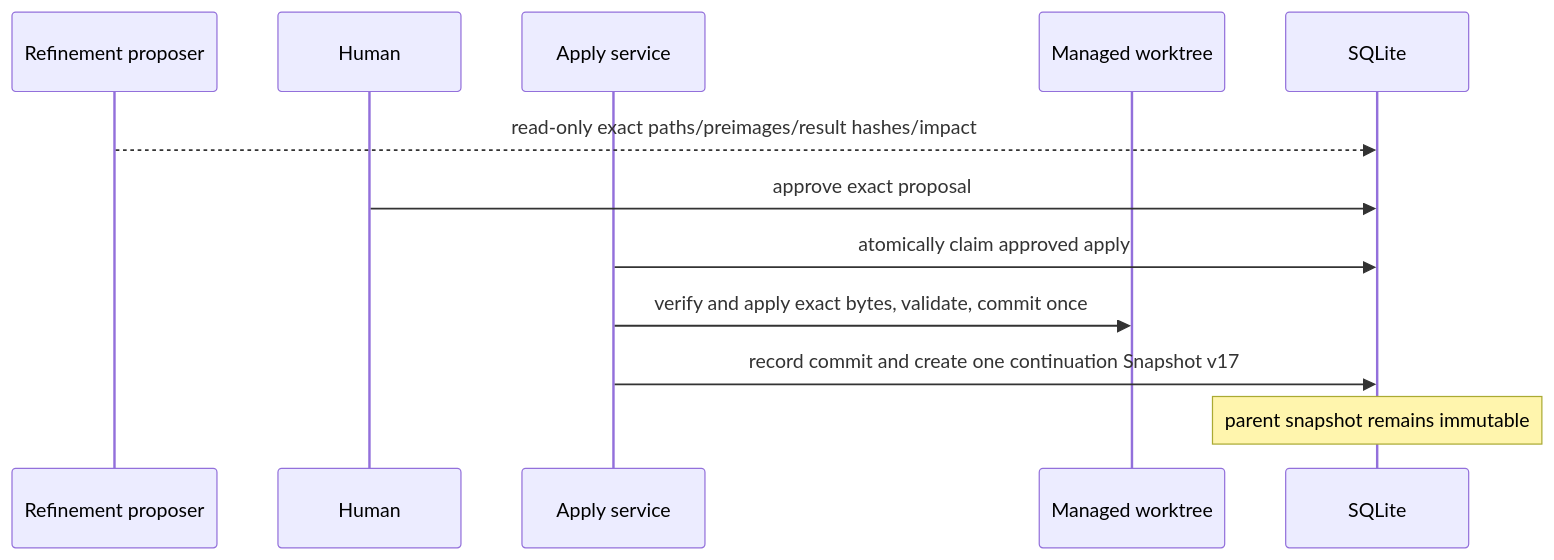
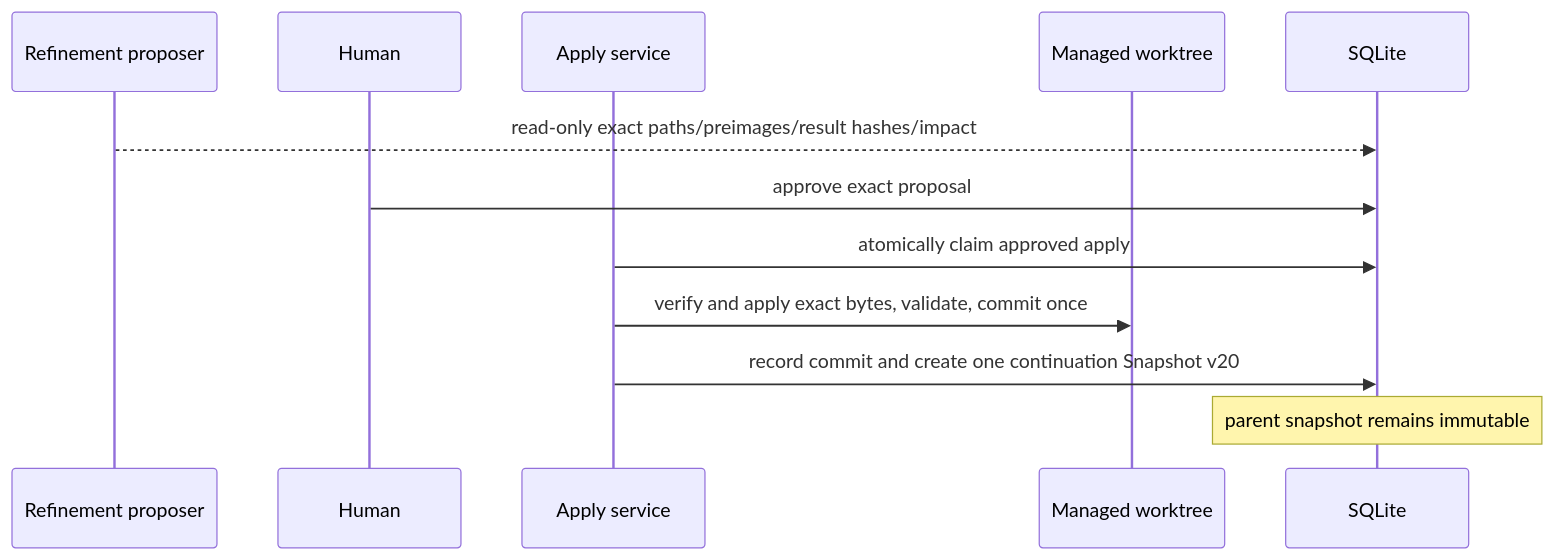
One commit to isinisalo/ballet changed the sixth of 6 diagrams in ARCHITECTURE.md. Above: the diagram before and after it, drawn with Mermaid. The commit also changed other lines of this file and 142 other files, not shown here.

````diff
--- a/ARCHITECTURE.md
+++ b/ARCHITECTURE.md
@@ -143,14 +143,14 @@
 ```mermaid
 sequenceDiagram
   participant P as Refinement proposer
   participant H as Human
   participant A as Apply service
   participant G as Managed worktree
   participant DB as SQLite
   P-->>DB: read-only exact paths/preimages/result hashes/impact
   H->>DB: approve exact proposal
   A->>DB: atomically claim approved apply
   A->>G: verify and apply exact bytes, validate, commit once
-  A->>DB: record commit and create one continuation Snapshot v17
+  A->>DB: record commit and create one continuation Snapshot v20
   Note over DB: parent snapshot remains immutable
 ```
````
